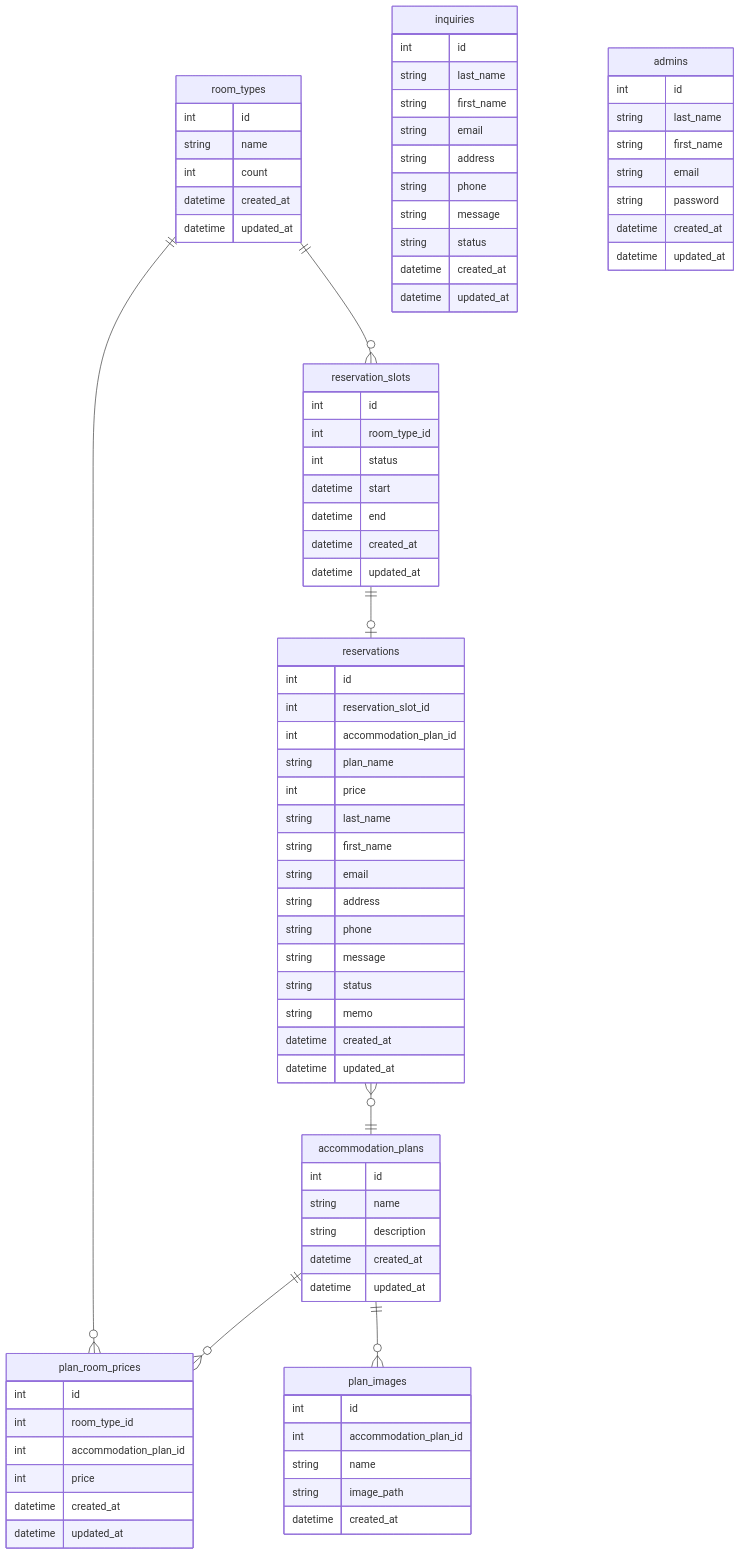
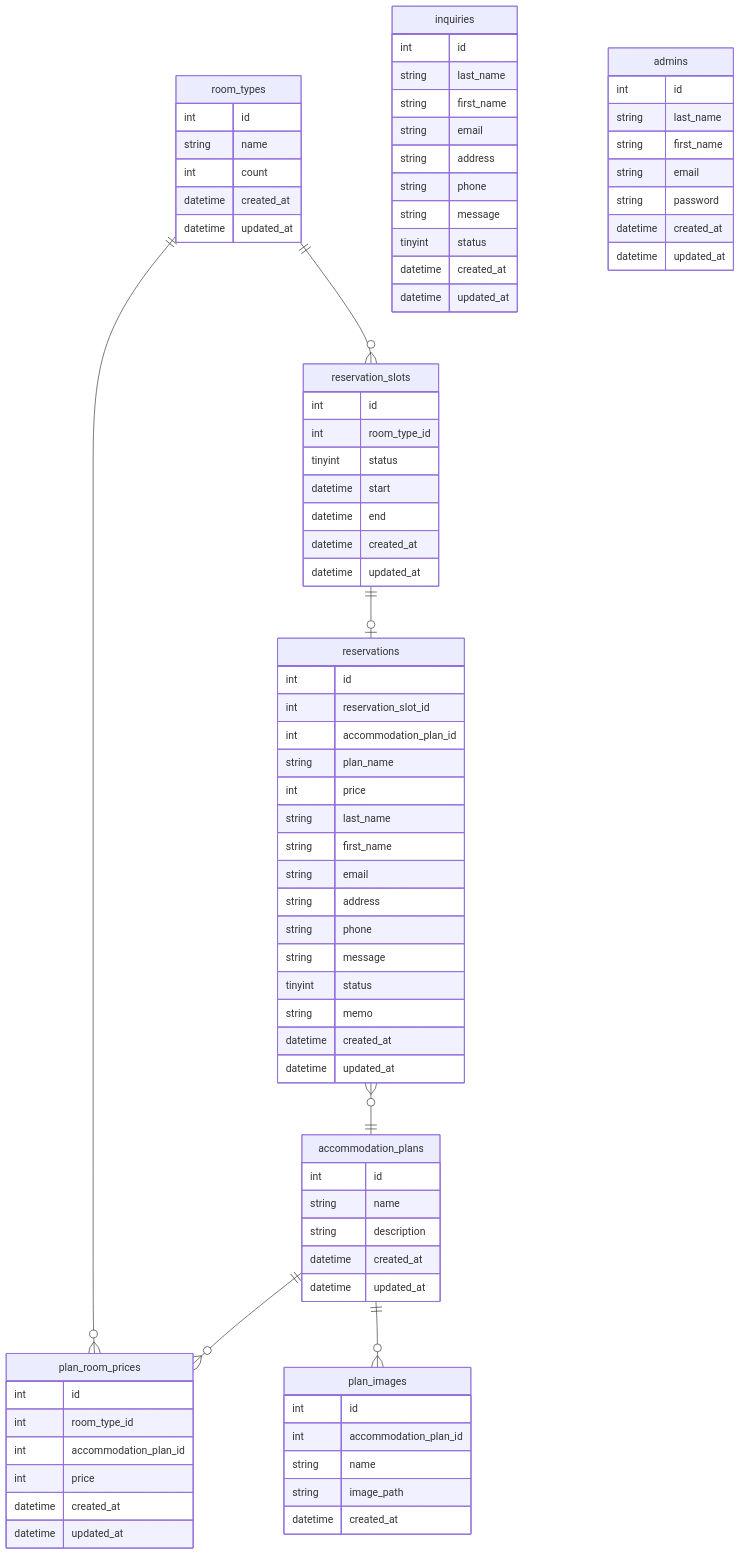
The diagram in hotel-reservation/doc/er.mmd (linuxfirstMint/your-school), drawn with Mermaid before and after one commit. The commit also changed 1 other file, not shown here.

Commit message:
fix: レビュー指摘のER図・テーブル定義書を修正（Issue #48）
- ER図のstatus型をtinyintに統一（reservations・reservation_slots・inquiries）
- admins.emailにUNIQUE制約を追記
- reservations・inquiriesのphoneをVARCHAR(255)→VARCHAR(20)に変更

```diff
--- a/hotel-reservation/doc/er.mmd
+++ b/hotel-reservation/doc/er.mmd
@@ -1,115 +1,115 @@
 erDiagram
 
     %% 予約枠の内、一つが予約として確定する
     %% 空き枠には予約がまだ入っていない状態もあるから、0または1
     reservation_slots ||--o| reservations: "" 
     
     %% 複数の予約が1つのプランに紐づく
     reservations }o--|| accommodation_plans: ""
 
     %% 1つの部屋タイプは複数の予約枠を持つ（日付ごとに枠が存在する）
     room_types ||--o{ reservation_slots: ""
     
     %% プラン×部屋タイプで金額が決まる
     accommodation_plans ||--o{ plan_room_prices: ""
     room_types ||--o{ plan_room_prices: ""
 
     %%一つのプランは複数の画像を持つ
     accommodation_plans ||--o{ plan_images: ""
 
 %% ||--o{ : 「1対多」
 %% || (左側) : 1側。片側が必ず1つであることを示します（必須）。
 %% o{ (右側) : 多側。0個以上（Zero or Many）であることを示します。
 
 
     %%予約
     reservations {
         int id
         int reservation_slot_id
         int accommodation_plan_id
         string plan_name
         int price
         string last_name
         string first_name
         string email
         string address
         string phone
         string message
-        string status
+        tinyint status
         string memo
         datetime created_at
         datetime updated_at
     }
 
     %%予約枠
     reservation_slots {
         int id
         int room_type_id
-        int status
+        tinyint status
         datetime start
         datetime end
         datetime created_at
         datetime updated_at
     }
     
     %%宿泊プラン
     accommodation_plans {
         int id
         string name
         string description
         datetime created_at
         datetime updated_at
     }
 
     %%宿泊プランイメージ
     plan_images {
         int id
         int accommodation_plan_id
         string name
         string image_path
         datetime created_at
     }
 
     %%部屋
     room_types{
         int id
         string name
         int count
         datetime created_at
         datetime updated_at
     }
     
     %%プラン×部屋タイプによる金額
     plan_room_prices{
         int id
         int room_type_id
         int accommodation_plan_id
         int price
         datetime created_at
         datetime updated_at
     }
 
     %%問い合わせ
     inquiries {
         int id
         string last_name
         string first_name
         string email
         string address
         string phone
         string message
-        string status
+        tinyint status
         datetime created_at
         datetime updated_at
     }
 
     %%管理者
     admins {
         int id
         string last_name
         string first_name
         string email
         string password
         datetime created_at
         datetime updated_at
     }
```
